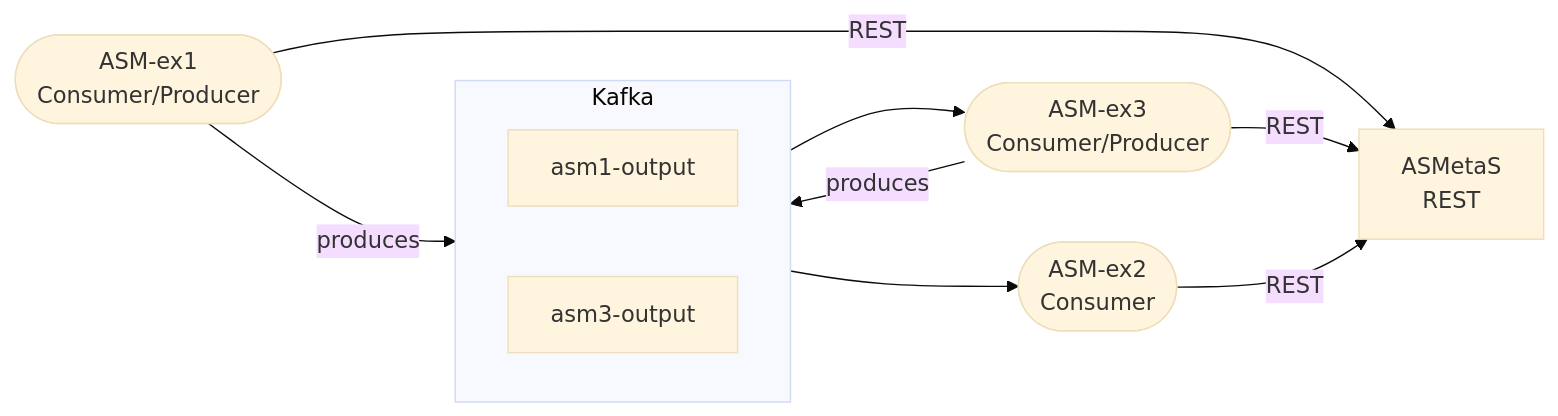
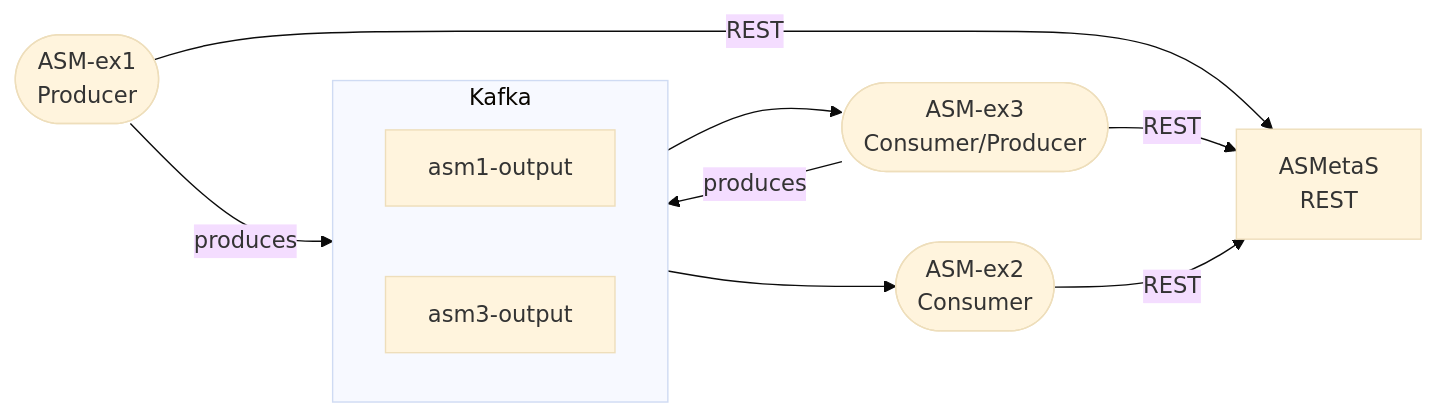
Before and after one commit to DaniGreco/Kafka-DigitalTwins: the diagram in web_documentation/docs/index.md, drawn with Mermaid (base theme). The commit also changed other lines of this file, not shown here.

````diff
--- a/web_documentation/docs/index.md
+++ b/web_documentation/docs/index.md
@@ -35,19 +33,19 @@
 ```mermaid
 flowchart LR
   subgraph Kafka
     direction LR
     T1["asm1-output"]
     T2["asm3-output"]
   end
 
-  EX1([ASM-ex1<br/>Consumer/Producer])
+  EX1([ASM-ex1<br/>Producer])
   EX3([ASM-ex3<br/>Consumer/Producer])
   EX2([ASM-ex2<br/>Consumer])
   S[ASMetaS<br/>REST]
 
   EX1 -- produces --> T1 --> EX3
   EX3 -- produces --> T2 --> EX2
   EX1 -- REST --> S
   EX3 -- REST --> S
   EX2 -- REST --> S
 ```
````
